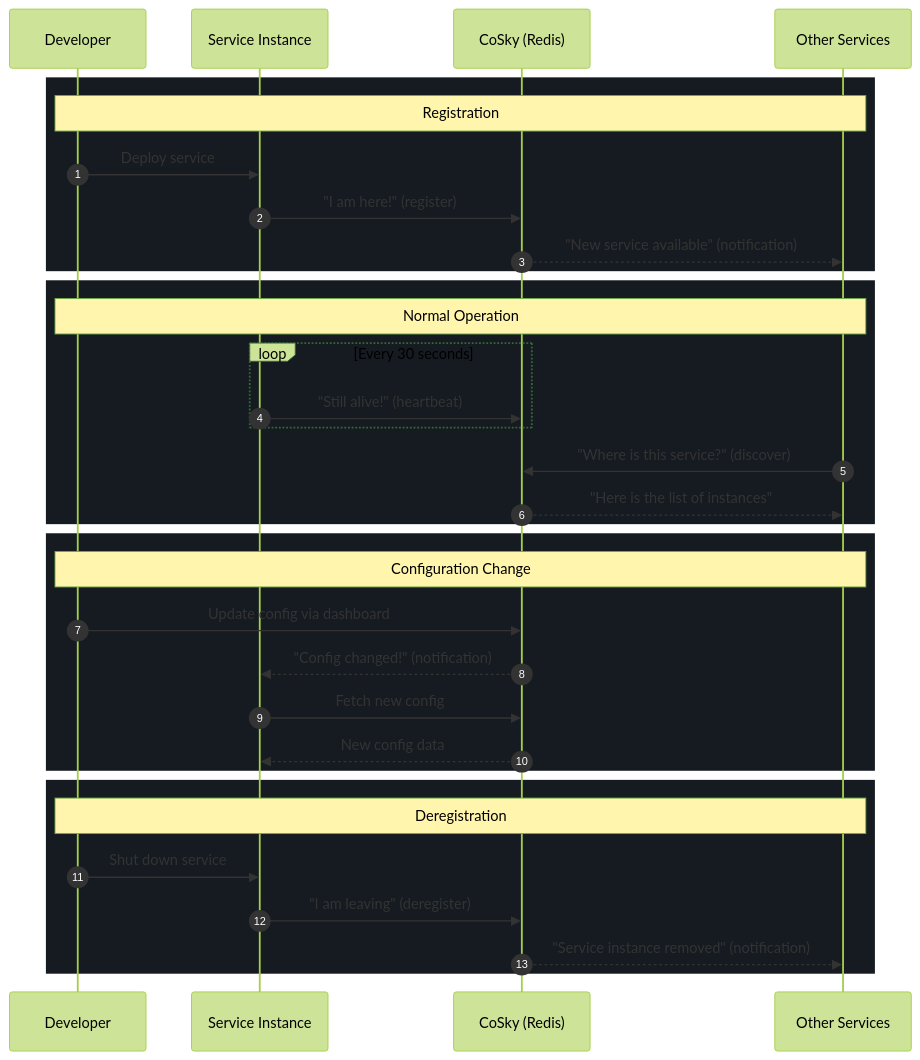
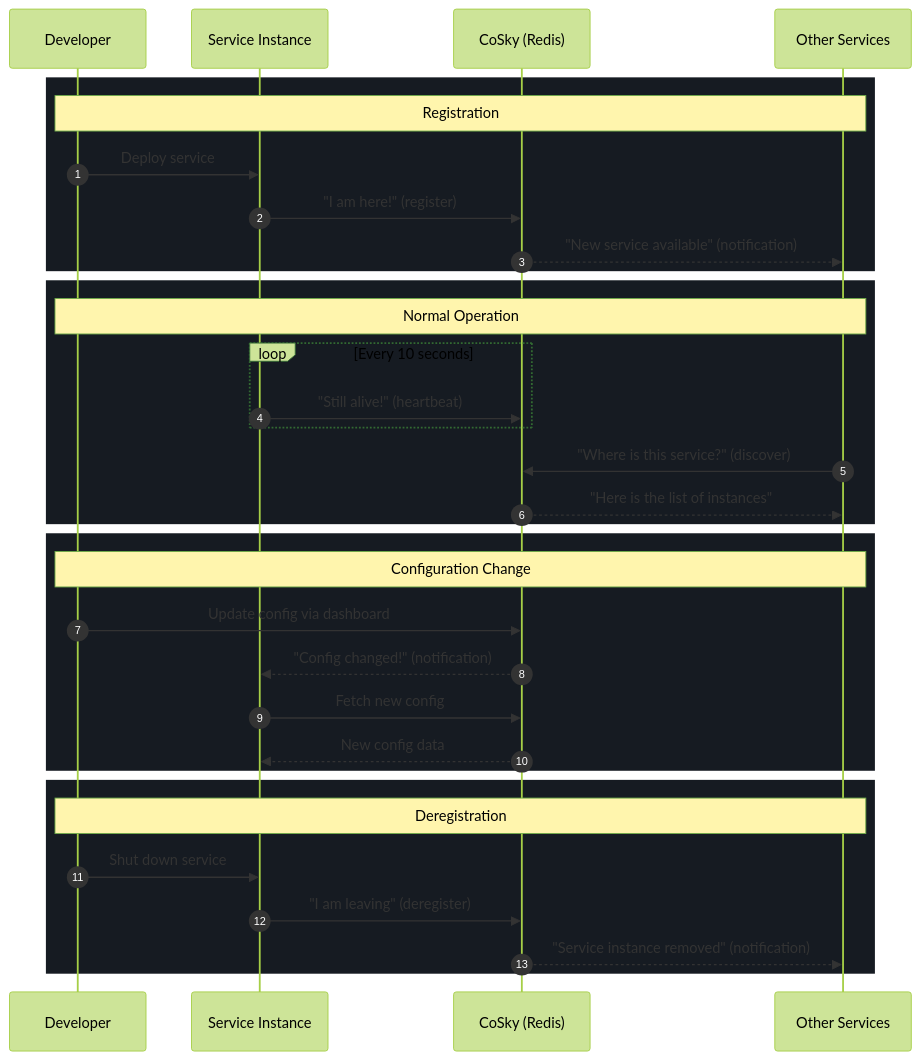
The fourth of 4 diagrams in wiki/guide/onboarding-pm.md (Ahoo-Wang/CoSky), drawn with Mermaid (forest theme) before and after one commit. The commit also changed 31 other files, not shown here.

````diff
--- a/wiki/guide/onboarding-pm.md
+++ b/wiki/guide/onboarding-pm.md
@@ -214,39 +214,39 @@
 ```mermaid
 sequenceDiagram
     autonumber
     participant Dev as Developer
     participant SVC as Service Instance
     participant CoSky as CoSky (Redis)
     participant Others as Other Services
 
     rect rgb(22, 27, 34)
         Note over Dev,Others: Registration
         Dev->>SVC: Deploy service
         SVC->>CoSky: "I am here!" (register)
         CoSky-->>Others: "New service available" (notification)
     end
 
     rect rgb(22, 27, 34)
         Note over Dev,Others: Normal Operation
-        loop Every 30 seconds
+        loop Every 10 seconds
             SVC->>CoSky: "Still alive!" (heartbeat)
         end
         Others->>CoSky: "Where is this service?" (discover)
         CoSky-->>Others: "Here is the list of instances"
     end
 
     rect rgb(22, 27, 34)
         Note over Dev,Others: Configuration Change
         Dev->>CoSky: Update config via dashboard
         CoSky-->>SVC: "Config changed!" (notification)
         SVC->>CoSky: Fetch new config
         CoSky-->>SVC: New config data
     end
 
     rect rgb(22, 27, 34)
         Note over Dev,Others: Deregistration
         Dev->>SVC: Shut down service
         SVC->>CoSky: "I am leaving" (deregister)
         CoSky-->>Others: "Service instance removed" (notification)
     end
 ```
````
